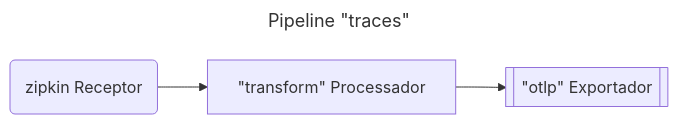
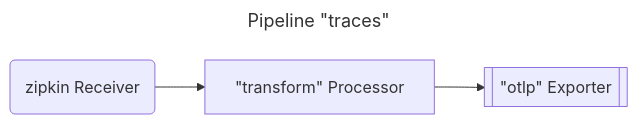
Before and after one commit to open-telemetry/opentelemetry.io: the fourth of 7 diagrams in content/pt/docs/collector/architecture.md, drawn with Mermaid. The commit also changed other lines of this file, not shown here.

Commit message:
GH-9427: narrow Portuguese architecture drift fix

````diff
--- a/content/pt/docs/collector/architecture.md
+++ b/content/pt/docs/collector/architecture.md
@@ -248,8 +248,8 @@
 ```mermaid
 ---
 title: Pipeline "traces"
 ---
 flowchart LR
-  R1("`zipkin Receptor`") --> P1["`#quot;transform#quot; Processador`"]
-  P1 --> E1[["`#quot;otlp#quot; Exportador`"]]
+  R1("`zipkin Receiver`") --> P1["`#quot;transform#quot; Processor`"]
+  P1 --> E1[["`#quot;otlp#quot; Exporter`"]]
 ```
````
